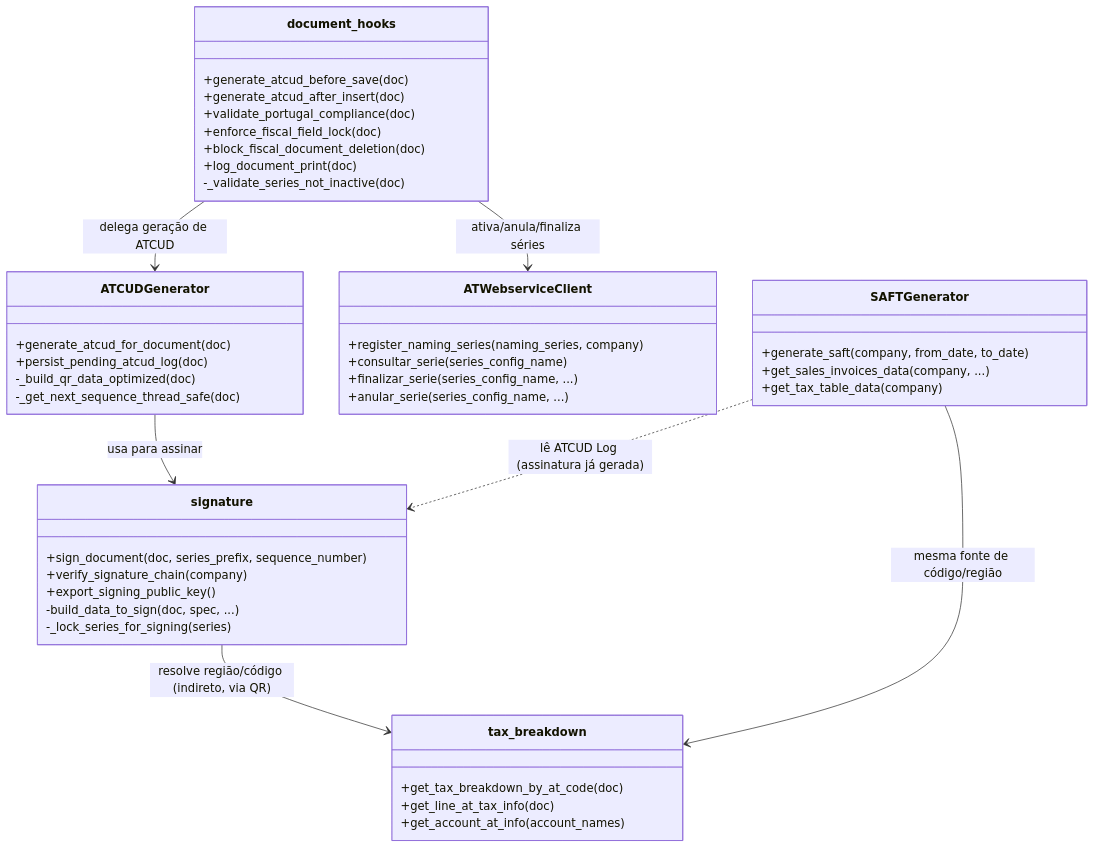
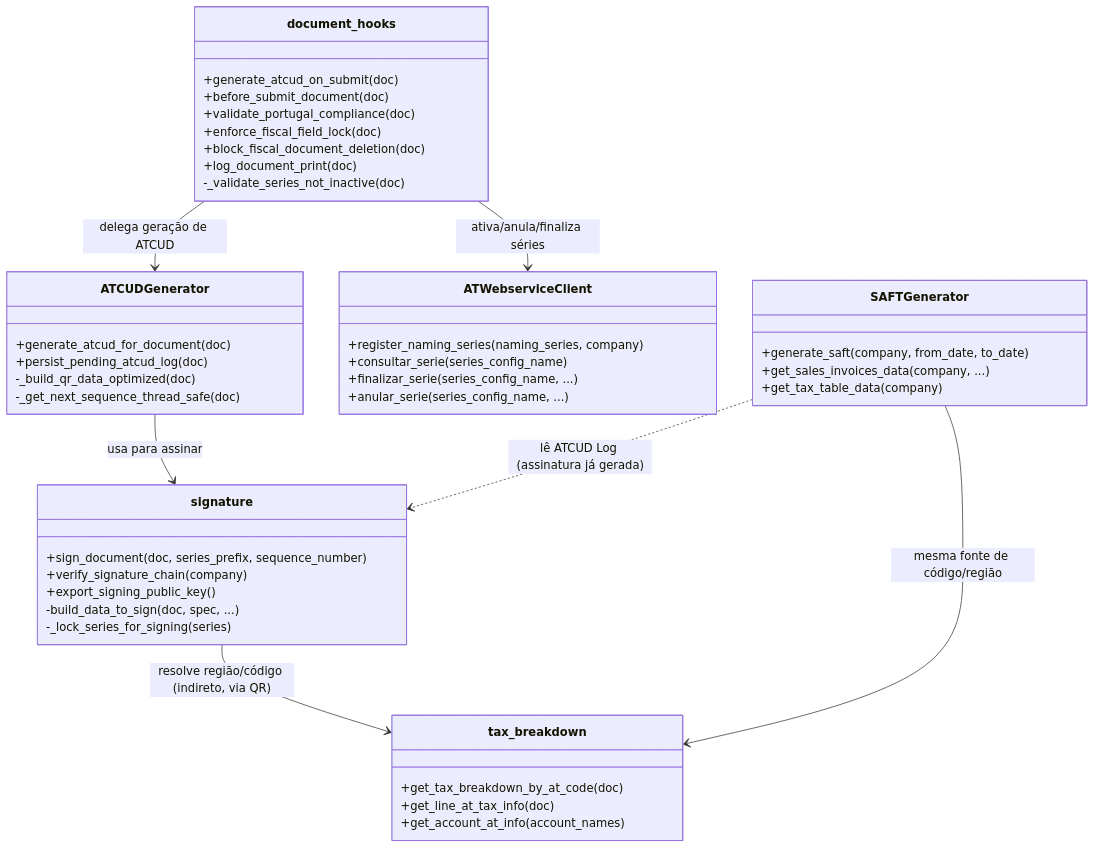
The fourth of 5 diagrams in documentation/manual_arquitetura_comunicacao_at.md (sun2dayo/portugal-compliance), drawn with Mermaid before and after one commit. The commit also changed other lines of this file and 5 other files, not shown here.

````diff
--- a/documentation/manual_arquitetura_comunicacao_at.md
+++ b/documentation/manual_arquitetura_comunicacao_at.md
@@ -174,53 +191,53 @@
 ```mermaid
 classDiagram
     class document_hooks {
-        +generate_atcud_before_save(doc)
-        +generate_atcud_after_insert(doc)
+        +generate_atcud_on_submit(doc)
+        +before_submit_document(doc)
         +validate_portugal_compliance(doc)
         +enforce_fiscal_field_lock(doc)
         +block_fiscal_document_deletion(doc)
         +log_document_print(doc)
         -_validate_series_not_inactive(doc)
     }
 
     class ATCUDGenerator {
         +generate_atcud_for_document(doc)
         +persist_pending_atcud_log(doc)
         -_build_qr_data_optimized(doc)
         -_get_next_sequence_thread_safe(doc)
     }
 
     class signature {
         +sign_document(doc, series_prefix, sequence_number)
         +verify_signature_chain(company)
         +export_signing_public_key()
         -build_data_to_sign(doc, spec, ...)
         -_lock_series_for_signing(series)
     }
 
     class tax_breakdown {
         +get_tax_breakdown_by_at_code(doc)
         +get_line_at_tax_info(doc)
         +get_account_at_info(account_names)
     }
 
     class ATWebserviceClient {
         +register_naming_series(naming_series, company)
         +consultar_serie(series_config_name)
         +finalizar_serie(series_config_name, ...)
         +anular_serie(series_config_name, ...)
     }
 
     class SAFTGenerator {
         +generate_saft(company, from_date, to_date)
         +get_sales_invoices_data(company, ...)
         +get_tax_table_data(company)
     }
 
     document_hooks --> ATCUDGenerator : delega geração de ATCUD
     ATCUDGenerator --> signature : usa para assinar
     signature --> tax_breakdown : resolve região/código (indireto, via QR)
     document_hooks --> ATWebserviceClient : ativa/anula/finaliza séries
     SAFTGenerator --> tax_breakdown : mesma fonte de código/região
     SAFTGenerator ..> signature : lê ATCUD Log (assinatura já gerada)
 ```
````
